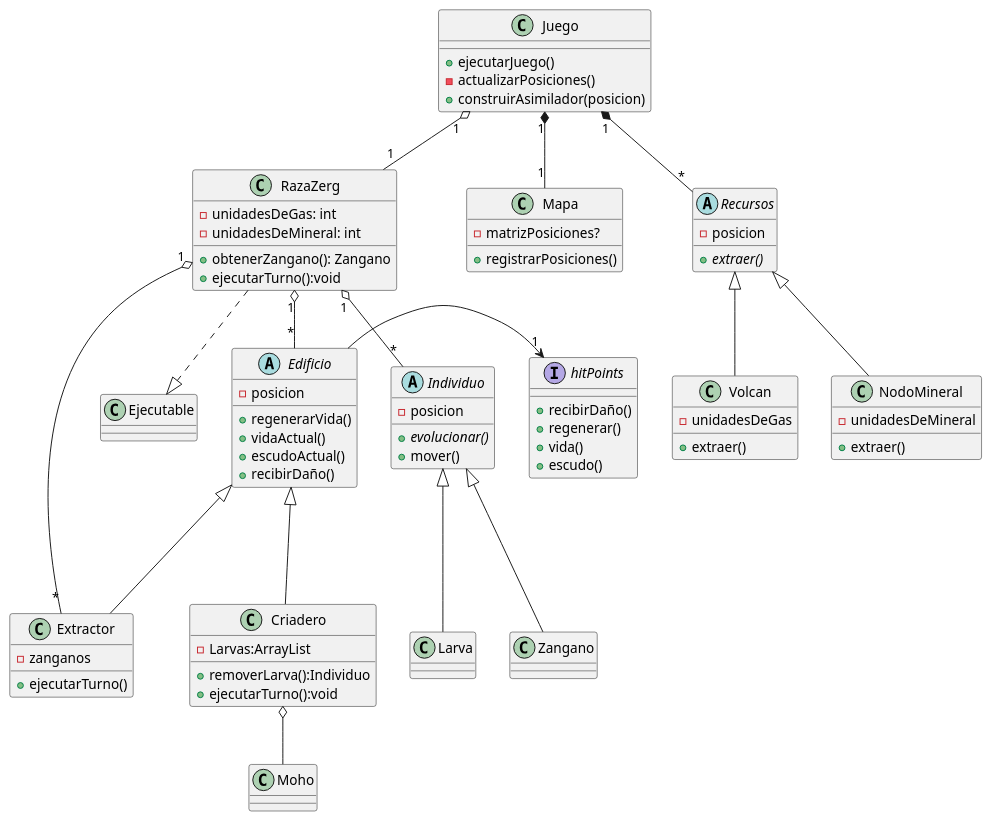
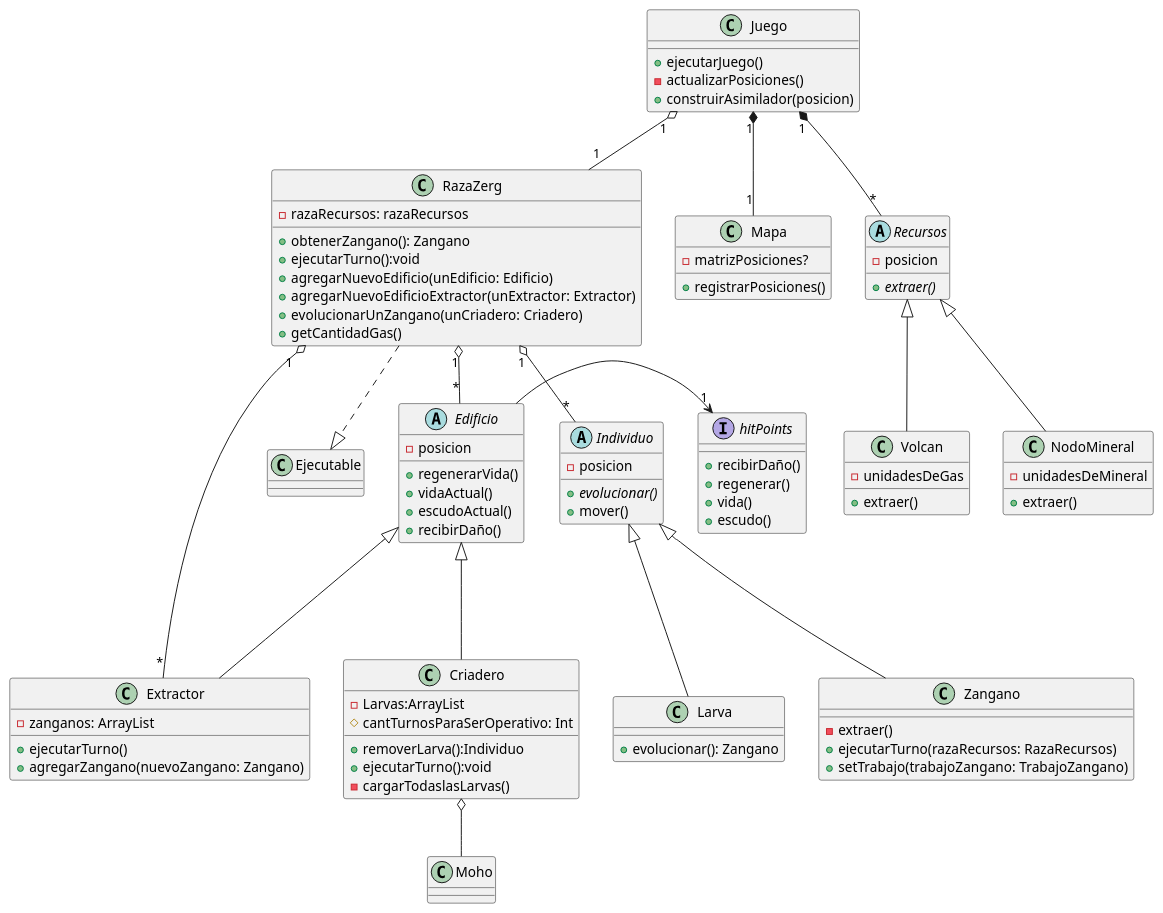
The diagram in diagrams/classes/clases.puml (nicolasgirardi/algo3_TP2_AlgoStar), drawn with PlantUML before and after one commit. The commit also changed 2 other files, not shown here.

Commit message:
actualizo diagramas

```diff
--- a/diagrams/classes/clases.puml
+++ b/diagrams/classes/clases.puml
@@ -1,96 +1,105 @@
 @startuml
 
 
 
 class Juego {
     +ejecutarJuego()
     -actualizarPosiciones()
     +construirAsimilador(posicion)
 }
 
 class Zangano{
-
+    -extraer()
+    +ejecutarTurno(razaRecursos: RazaRecursos)
+    +setTrabajo(trabajoZangano: TrabajoZangano)
 }
 class Larva{
+    +evolucionar(): Zangano
+}
 
-}
 class RazaZerg{
-    -unidadesDeGas: int
-    -unidadesDeMineral: int
+    -razaRecursos: razaRecursos
     + obtenerZangano(): Zangano
     +ejecutarTurno():void
+    +agregarNuevoEdificio(unEdificio: Edificio)
+    +agregarNuevoEdificioExtractor(unExtractor: Extractor)
+    +evolucionarUnZangano(unCriadero: Criadero)
+    +getCantidadGas()
 }
 class Criadero{
     -Larvas:ArrayList
+    #cantTurnosParaSerOperativo: Int
     +removerLarva():Individuo
     +ejecutarTurno():void
+    -cargarTodaslasLarvas()
 }
 
 
 abstract class Edificio{
     -posicion
     +regenerarVida()
     +vidaActual()
     +escudoActual()
     +recibirDaño()
 }
 
 class Extractor{
-    -zanganos
+    -zanganos: ArrayList
     +ejecutarTurno()
+    +agregarZangano(nuevoZangano: Zangano)
 }
 
 abstract class Individuo {
     -posicion
     {abstract} +evolucionar()
     +mover()
 }
 
 class Mapa {
     -matrizPosiciones?
     +registrarPosiciones()
 }
 
 abstract class Recursos {
     -posicion
     {abstract} +extraer()
 }
 
 class NodoMineral {
     -unidadesDeMineral
     +extraer()
 }
 
 class Volcan{
     -unidadesDeGas
     +extraer()
 }
 
 
 interface hitPoints{
 
 +recibirDaño()
 +regenerar()
 +vida()
 +escudo()
 }
 
 Zangano  -up--|> Individuo
 Larva    -up--|> Individuo
 RazaZerg "1"  o-- "*" Edificio
 RazaZerg "1"  o-- "*" Individuo
 RazaZerg   ..|>  Ejecutable
 
 Criadero -up--|> Edificio
 Extractor -up--|> Edificio
 Juego "1"  o-- "1" RazaZerg
 Juego "1"  *-- "1" Mapa
 Juego "1"  *-- "*" Recursos
 Recursos <|-- Volcan
 Recursos <|-- NodoMineral
 Criadero o-- Moho
 RazaZerg "1"  o-- "*" Extractor
 
 Edificio -> "1" hitPoints
 
 @enduml
```
